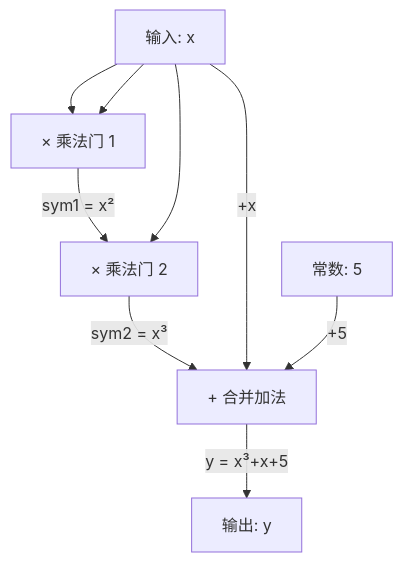
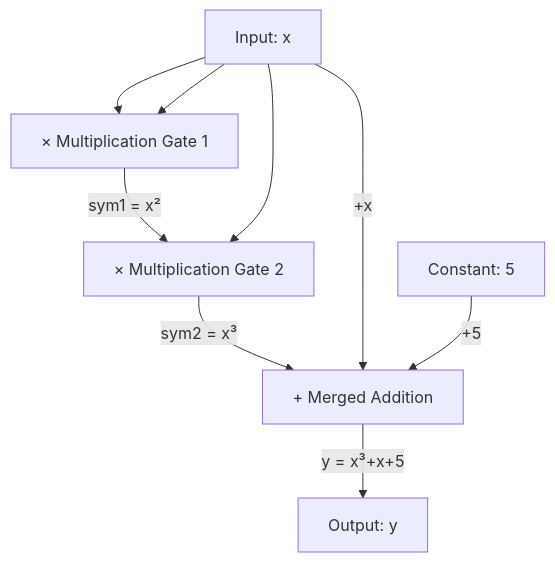
The diagram in docs/cryptography/zkp-deep-dive/01-arithmetic-circuits.mdx (stars-labs/cryptograph-onboarding-trainning), drawn with Mermaid before and after one commit. The commit also changed other lines of this file and 15 other files, not shown here.

````diff
--- a/docs/cryptography/zkp-deep-dive/01-arithmetic-circuits.mdx
+++ b/docs/cryptography/zkp-deep-dive/01-arithmetic-circuits.mdx
@@ -49,11 +49,11 @@
 ```mermaid
 flowchart TD
-    X["输入: x"] --> M1["× 乘法门 1"]
+    X["Input: x"] --> M1["× Multiplication Gate 1"]
     X --> M1
-    M1 -->|"sym1 = x²"| M2["× 乘法门 2"]
+    M1 -->|"sym1 = x²"| M2["× Multiplication Gate 2"]
     X --> M2
-    M2 -->|"sym2 = x³"| ADD["+ 合并加法"]
+    M2 -->|"sym2 = x³"| ADD["+ Merged Addition"]
     X -->|"+x"| ADD
-    FIVE["常数: 5"] -->|"+5"| ADD
-    ADD -->|"y = x³+x+5"| Y["输出: y"]
+    FIVE["Constant: 5"] -->|"+5"| ADD
+    ADD -->|"y = x³+x+5"| Y["Output: y"]
 ```
````
